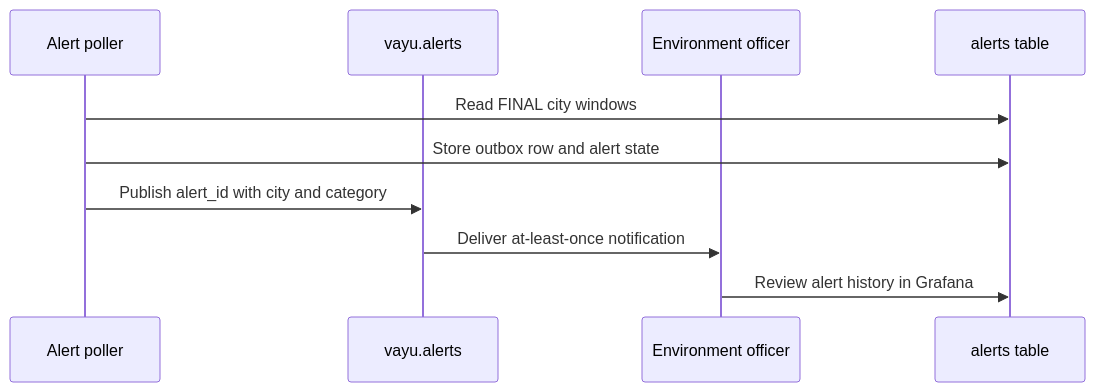
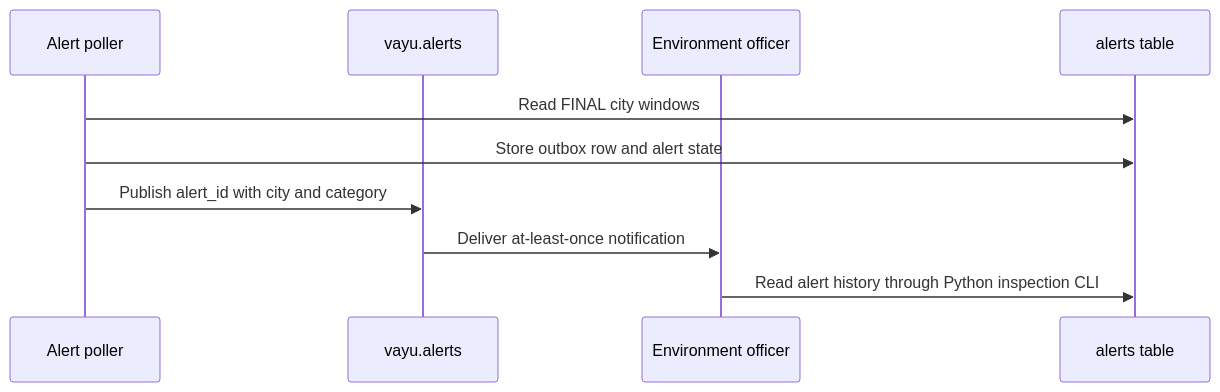
The second of 3 diagrams in docs/02-users-and-roles.md (sukurcf/spec-vayustream-air-quality-pipeline), drawn with Mermaid before and after one commit. The commit also changed other lines of this file and 14 other files, not shown here.

````diff
--- a/docs/02-users-and-roles.md
+++ b/docs/02-users-and-roles.md
@@ -54,12 +54,12 @@
 ```mermaid
 sequenceDiagram
   participant Poller as Alert poller
   participant Kafka as vayu.alerts
   participant Officer as Environment officer
   participant DB as alerts table
   Poller->>DB: Read FINAL city windows
   Poller->>DB: Store outbox row and alert state
   Poller->>Kafka: Publish alert_id with city and category
   Kafka->>Officer: Deliver at-least-once notification
-  Officer->>DB: Review alert history in Grafana
+  Officer->>DB: Read alert history through Python inspection CLI
 ```
````
